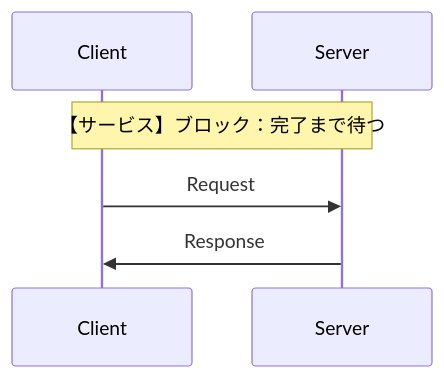
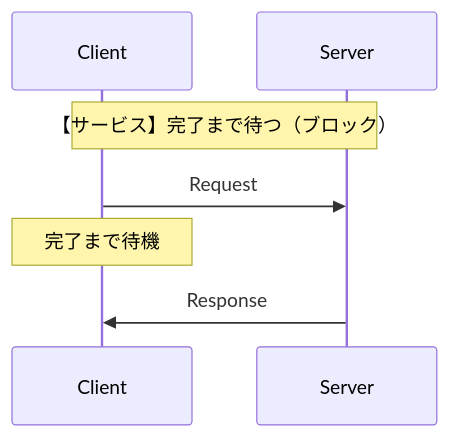
The first of 2 diagrams in docs/06_actionlib.md (Harlequinade1123/ros1-tutorials), drawn with Mermaid before and after one commit. The commit also changed other lines of this file and 1 other file, not shown here.

Commit message:
docs: reconstruct Mermaid diagrams in ch.5-6 for conceptual accuracy

````diff
--- a/docs/06_actionlib.md
+++ b/docs/06_actionlib.md
@@ -16,8 +16,9 @@
 ```mermaid
 sequenceDiagram
     participant C as Client
     participant S as Server
-    Note over C,S: 【サービス】ブロック：完了まで待つ
+    Note over C,S: 【サービス】完了まで待つ（ブロック）
     C->>S: Request
+    Note over C: 完了まで待機
     S->>C: Response
 ```
````
